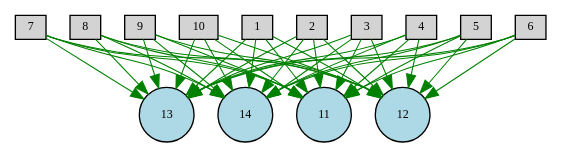
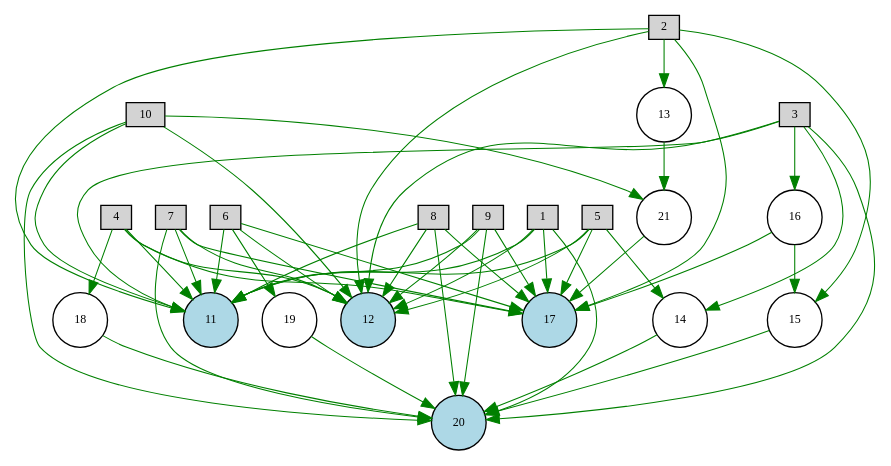
Before and after one commit to lodderwin/SNN_thesis: the diagram in NEAT_CMA_SNN_2D_FLIGHT/Digraph.gv, drawn with Graphviz. The commit also changed 161 other files, not shown here.

```diff
--- a/NEAT_CMA_SNN_2D_FLIGHT/Digraph.gv
+++ b/NEAT_CMA_SNN_2D_FLIGHT/Digraph.gv
@@ -1,57 +1,74 @@
 digraph {
 	node [fontsize=9 height=0.2 shape=circle width=0.2]
 	1 [fillcolor=lightgray shape=box style=filled]
 	2 [fillcolor=lightgray shape=box style=filled]
 	3 [fillcolor=lightgray shape=box style=filled]
 	4 [fillcolor=lightgray shape=box style=filled]
 	5 [fillcolor=lightgray shape=box style=filled]
 	6 [fillcolor=lightgray shape=box style=filled]
 	7 [fillcolor=lightgray shape=box style=filled]
 	8 [fillcolor=lightgray shape=box style=filled]
 	9 [fillcolor=lightgray shape=box style=filled]
 	10 [fillcolor=lightgray shape=box style=filled]
 	11 [fillcolor=lightblue style=filled]
 	12 [fillcolor=lightblue style=filled]
-	13 [fillcolor=lightblue style=filled]
-	14 [fillcolor=lightblue style=filled]
+	17 [fillcolor=lightblue style=filled]
+	20 [fillcolor=lightblue style=filled]
+	13 [fillcolor=white style=filled]
+	14 [fillcolor=white style=filled]
+	15 [fillcolor=white style=filled]
+	16 [fillcolor=white style=filled]
+	18 [fillcolor=white style=filled]
+	19 [fillcolor=white style=filled]
+	21 [fillcolor=white style=filled]
 	1 -> 11 [color=green penwidth=0.8 style=solid]
 	1 -> 12 [color=green penwidth=0.8 style=solid]
-	1 -> 13 [color=green penwidth=0.8 style=solid]
-	1 -> 14 [color=green penwidth=0.8 style=solid]
+	1 -> 17 [color=green penwidth=0.8 style=solid]
+	1 -> 20 [color=green penwidth=0.8 style=solid]
 	2 -> 11 [color=green penwidth=0.8 style=solid]
 	2 -> 12 [color=green penwidth=0.8 style=solid]
-	2 -> 13 [color=green penwidth=0.8 style=solid]
-	2 -> 14 [color=green penwidth=0.8 style=solid]
+	2 -> 17 [color=green penwidth=0.8 style=solid]
 	3 -> 11 [color=green penwidth=0.8 style=solid]
 	3 -> 12 [color=green penwidth=0.8 style=solid]
-	3 -> 13 [color=green penwidth=0.8 style=solid]
-	3 -> 14 [color=green penwidth=0.8 style=solid]
+	3 -> 20 [color=green penwidth=0.8 style=solid]
 	4 -> 11 [color=green penwidth=0.8 style=solid]
 	4 -> 12 [color=green penwidth=0.8 style=solid]
-	4 -> 13 [color=green penwidth=0.8 style=solid]
-	4 -> 14 [color=green penwidth=0.8 style=solid]
+	4 -> 17 [color=green penwidth=0.8 style=solid]
 	5 -> 11 [color=green penwidth=0.8 style=solid]
 	5 -> 12 [color=green penwidth=0.8 style=solid]
-	5 -> 13 [color=green penwidth=0.8 style=solid]
-	5 -> 14 [color=green penwidth=0.8 style=solid]
+	5 -> 17 [color=green penwidth=0.8 style=solid]
 	6 -> 11 [color=green penwidth=0.8 style=solid]
 	6 -> 12 [color=green penwidth=0.8 style=solid]
-	6 -> 13 [color=green penwidth=0.8 style=solid]
-	6 -> 14 [color=green penwidth=0.8 style=solid]
+	6 -> 17 [color=green penwidth=0.8 style=solid]
 	7 -> 11 [color=green penwidth=0.8 style=solid]
 	7 -> 12 [color=green penwidth=0.8 style=solid]
-	7 -> 13 [color=green penwidth=0.8 style=solid]
-	7 -> 14 [color=green penwidth=0.8 style=solid]
+	7 -> 17 [color=green penwidth=0.8 style=solid]
+	7 -> 20 [color=green penwidth=0.8 style=solid]
 	8 -> 11 [color=green penwidth=0.8 style=solid]
 	8 -> 12 [color=green penwidth=0.8 style=solid]
-	8 -> 13 [color=green penwidth=0.8 style=solid]
-	8 -> 14 [color=green penwidth=0.8 style=solid]
+	8 -> 17 [color=green penwidth=0.8 style=solid]
+	8 -> 20 [color=green penwidth=0.8 style=solid]
 	9 -> 11 [color=green penwidth=0.8 style=solid]
 	9 -> 12 [color=green penwidth=0.8 style=solid]
-	9 -> 13 [color=green penwidth=0.8 style=solid]
-	9 -> 14 [color=green penwidth=0.8 style=solid]
+	9 -> 17 [color=green penwidth=0.8 style=solid]
+	9 -> 20 [color=green penwidth=0.8 style=solid]
 	10 -> 11 [color=green penwidth=0.8 style=solid]
 	10 -> 12 [color=green penwidth=0.8 style=solid]
-	10 -> 13 [color=green penwidth=0.8 style=solid]
-	10 -> 14 [color=green penwidth=0.8 style=solid]
+	10 -> 20 [color=green penwidth=0.8 style=solid]
+	5 -> 14 [color=green penwidth=0.8 style=solid]
+	14 -> 20 [color=green penwidth=0.8 style=solid]
+	3 -> 14 [color=green penwidth=0.8 style=solid]
+	10 -> 21 [color=green penwidth=0.8 style=solid]
+	21 -> 17 [color=green penwidth=0.8 style=solid]
+	3 -> 16 [color=green penwidth=0.8 style=solid]
+	16 -> 17 [color=green penwidth=0.8 style=solid]
+	2 -> 15 [color=green penwidth=0.8 style=solid]
+	15 -> 20 [color=green penwidth=0.8 style=solid]
+	4 -> 18 [color=green penwidth=0.8 style=solid]
+	18 -> 20 [color=green penwidth=0.8 style=solid]
+	6 -> 19 [color=green penwidth=0.8 style=solid]
+	19 -> 20 [color=green penwidth=0.8 style=solid]
+	16 -> 15 [color=green penwidth=0.8 style=solid]
+	2 -> 13 [color=green penwidth=0.8 style=solid]
+	13 -> 21 [color=green penwidth=0.8 style=solid]
 }
```
